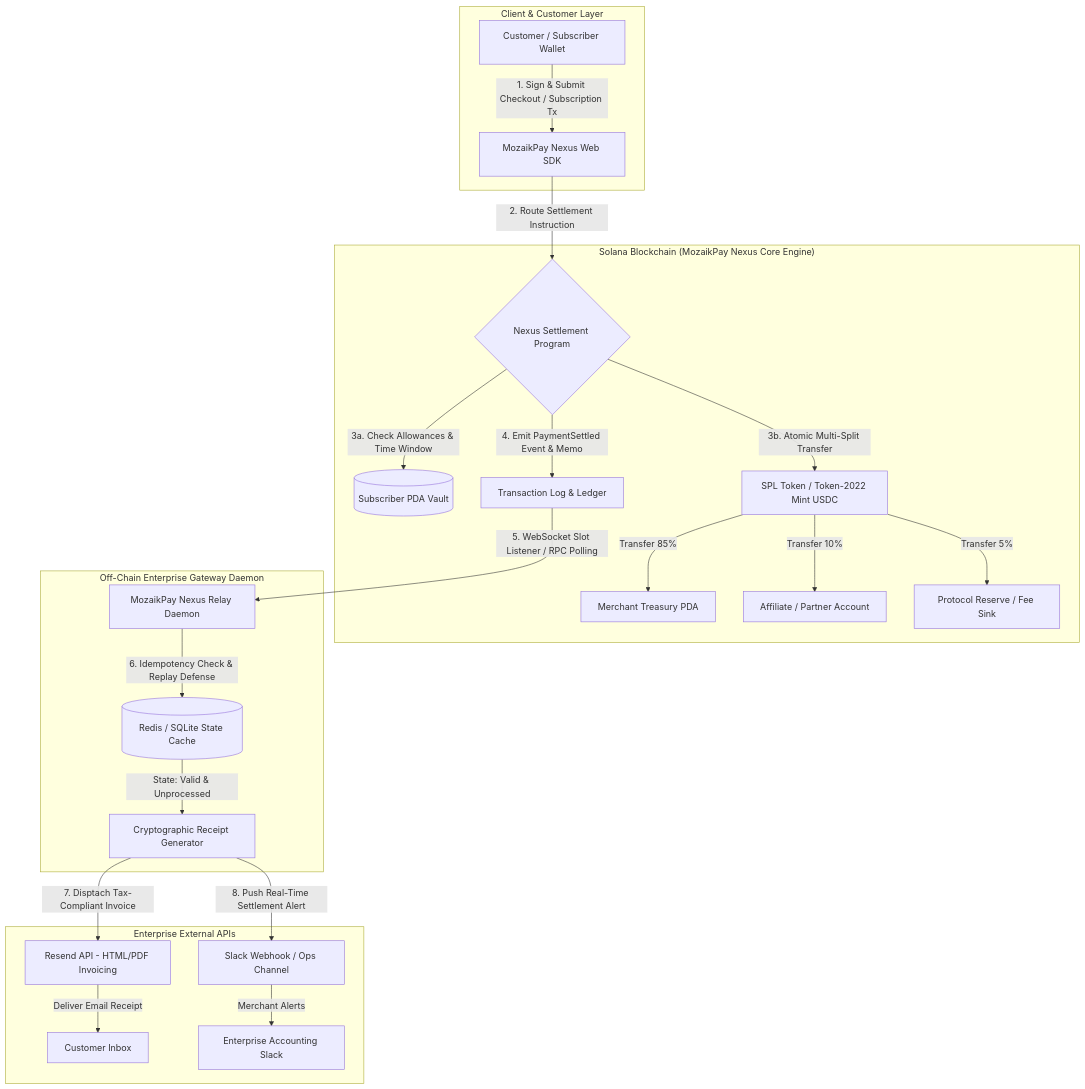
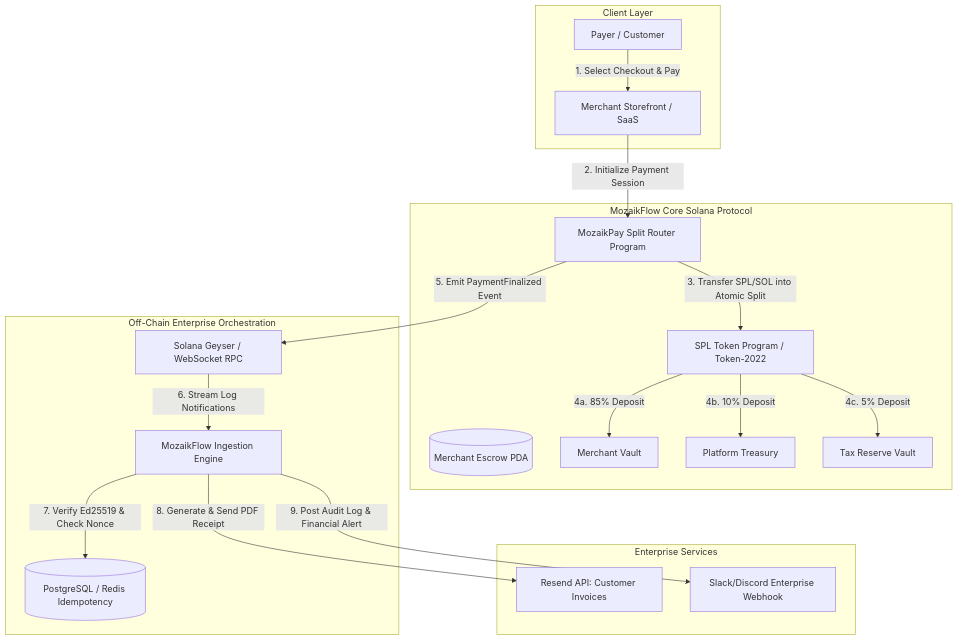
Before and after one commit to wiliancolomboo-tech/web3-show-us-how-you-use-mozaikpay-cb9626: the diagram in README.md, drawn with Mermaid. The commit also changed other lines of this file and 44 other files, not shown here.

````diff
--- a/README.md
+++ b/README.md
@@ -37,29 +46,39 @@
 ```mermaid
 flowchart TD
-    subgraph ClientLayer ["Client & Customer Layer"]
-        A[Customer / Subscriber Wallet] -->|1. Sign & Submit Checkout / Subscription Tx| B[MozaikPay Nexus Web SDK]
+    subgraph Client Layer
+        U[Payer / Customer]
+        M[Merchant Storefront / SaaS]
     end
 
-    subgraph SolanaOnChain ["Solana Blockchain (MozaikPay Nexus Core Engine)"]
-        B -->|2. Route Settlement Instruction| C{Nexus Settlement Program}
-        C -->|3a. Check Allowances & Time Window| D[(Subscriber PDA Vault)]
-        C -->|3b. Atomic Multi-Split Transfer| E[SPL Token / Token-2022 Mint USDC]
-        E -->|Transfer 85%| F[Merchant Treasury PDA]
-        E -->|Transfer 10%| G[Affiliate / Partner Account]
-        E -->|Transfer 5%| H[Protocol Reserve / Fee Sink]
-        C -->|4. Emit PaymentSettled Event & Memo| I[Transaction Log & Ledger]
+    subgraph MozaikFlow Core Solana Protocol
+        SC[MozaikPay Split Router Program]
+        ESC[(Merchant Escrow PDA)]
+        SPL[SPL Token Program / Token-2022]
+        VAULT_M[Merchant Vault]
+        VAULT_P[Platform Treasury]
+        VAULT_T[Tax Reserve Vault]
     end
 
-    subgraph DaemonLayer ["Off-Chain Enterprise Gateway Daemon"]
-        I -->|5. WebSocket Slot Listener / RPC Polling| J[MozaikPay Nexus Relay Daemon]
-        J -->|6. Idempotency Check & Replay Defense| K[(Redis / SQLite State Cache)]
-        K -->|State: Valid & Unprocessed| L[Cryptographic Receipt Generator]
+    subgraph Off-Chain Enterprise Orchestration
+        RPC[Solana Geyser / WebSocket RPC]
+        DAEMON[MozaikFlow Ingestion Engine]
+        DB[(PostgreSQL / Redis Idempotency)]
     end
 
-    subgraph EnterpriseServices ["Enterprise External APIs"]
-        L -->|7. Disptach Tax-Compliant Invoice| M[Resend API - HTML/PDF Invoicing]
-        M -->|Deliver Email Receipt| N[Customer Inbox]
-        L -->|8. Push Real-Time Settlement Alert| O[Slack Webhook / Ops Channel]
-        O -->|Merchant Alerts| P[Enterprise Accounting Slack]
+    subgraph Enterprise Services
+        RESEND[Resend API: Customer Invoices]
+        SLACK[Slack/Discord Enterprise Webhook]
     end
+
+    U -->|1. Select Checkout & Pay| M
+    M -->|2. Initialize Payment Session| SC
+    SC -->|3. Transfer SPL/SOL into Atomic Split| SPL
+    SPL -->|4a. 85% Deposit| VAULT_M
+    SPL -->|4b. 10% Deposit| VAULT_P
+    SPL -->|4c. 5% Deposit| VAULT_T
+    SC -->|5. Emit PaymentFinalized Event| RPC
+    RPC -->|6. Stream Log Notifications| DAEMON
+    DAEMON -->|7. Verify Ed25519 & Check Nonce| DB
+    DAEMON -->|8. Generate & Send PDF Receipt| RESEND
+    DAEMON -->|9. Post Audit Log & Financial Alert| SLACK
 ```
````
